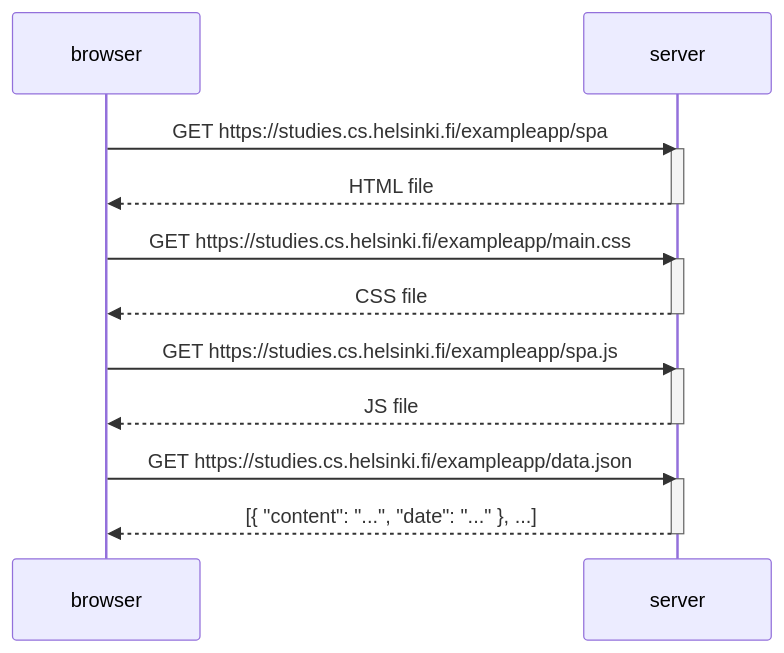
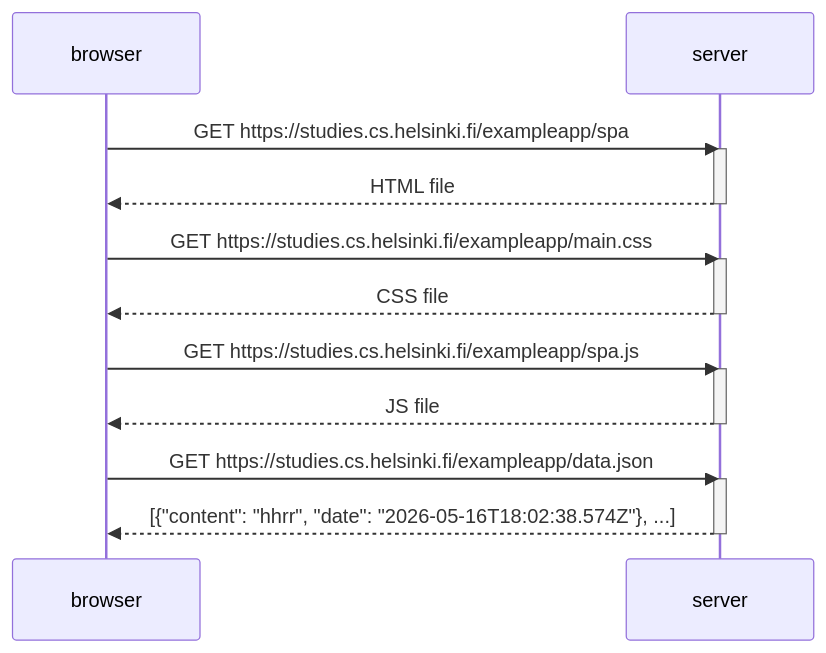
One commit to mattYBCodeR/mooc-Fullstack changed the diagram in Part0/spaDiagram.md. Above: the diagram before and after it, drawn with Mermaid.

Commit message:
Update server response example in spaDiagram.md

````diff
--- a/Part0/spaDiagram.md
+++ b/Part0/spaDiagram.md
@@ -1,26 +1,26 @@
 ```mermaid
 sequenceDiagram
     participant browser
     participant server
 
     browser->>server: GET https://studies.cs.helsinki.fi/exampleapp/spa
     activate server
     server-->>browser: HTML file
     deactivate server
 
     browser->>server: GET https://studies.cs.helsinki.fi/exampleapp/main.css
     activate server
     server-->>browser: CSS file
     deactivate server
 
     browser->>server: GET https://studies.cs.helsinki.fi/exampleapp/spa.js
     activate server
     server-->>browser: JS file
     deactivate server
 
     browser->>server: GET https://studies.cs.helsinki.fi/exampleapp/data.json
     activate server
-    server-->>browser: [{ "content": "...", "date": "..." }, ...]
+    server-->>browser: [{"content": "hhrr", "date": "2026-05-16T18:02:38.574Z"}, ...]
     deactivate server
 
 ```
````
